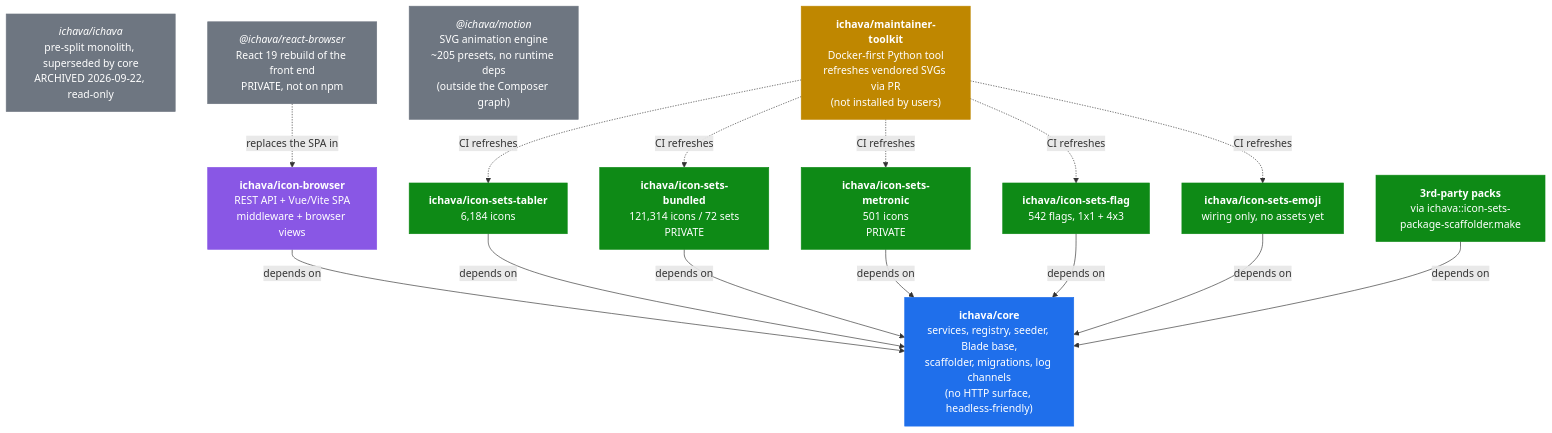
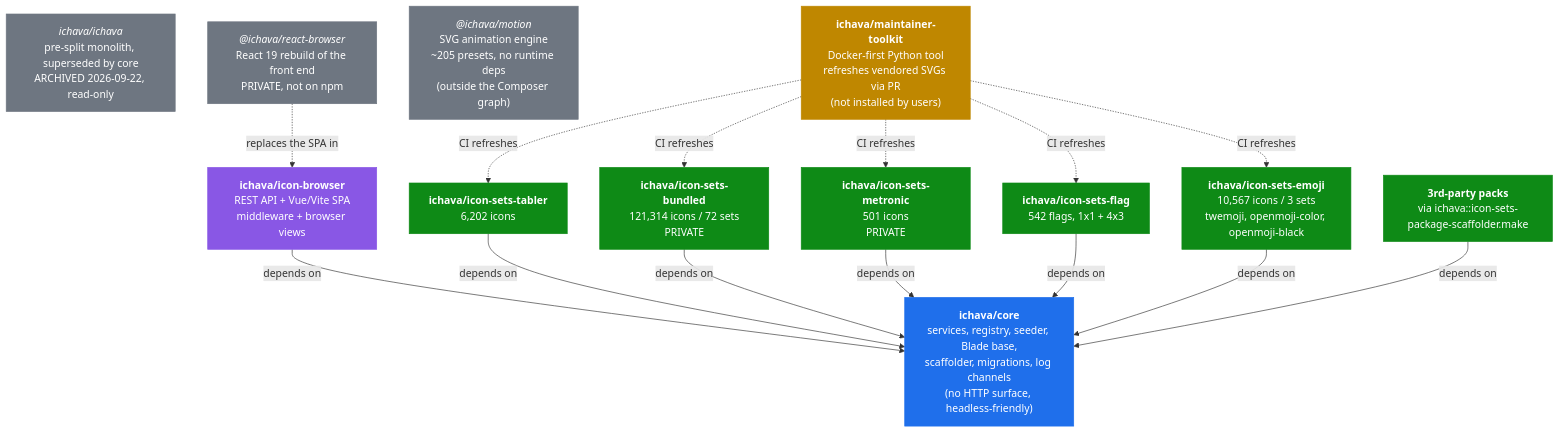
Before and after one commit to ichava/core: the first of 3 diagrams in docs/architecture.md, drawn with Mermaid.

Commit message:
docs: correct two stale icon counts in the topology diagram
icon-sets-emoji was drawn as "wiring only, no assets yet". It ships 10,567
SVGs across three sets -- openmoji-black 3,566, openmoji-color 3,566 and
twemoji 3,435 -- and has since the V4 work in September.

icon-sets-tabler was drawn as 6,184 icons and has 6,202. Found while
verifying the emoji number rather than reported by anything; upstream grew
by 18 and the diagram did not follow.

Both counted off origin/main rather than a working tree:

  git ls-tree -r --name-only origin/main | grep -c '\.svg$'

The other three are correct as drawn: bundled 121,314, metronic 501,
flag 542. All five SVG trees live entirely under resources/assets, so the
count is icons rather than icons plus fixtures.

````diff
--- a/docs/architecture.md
+++ b/docs/architecture.md
@@ -27,40 +27,40 @@
 ```mermaid
 flowchart TB
     core["<b>ichava/core</b><br/>services, registry, seeder, Blade base,<br/>scaffolder, migrations, log channels<br/>(no HTTP surface, headless-friendly)"]
     browser["<b>ichava/icon-browser</b><br/>REST API + Vue/Vite SPA<br/>middleware + browser views"]
-    tabler["<b>ichava/icon-sets-tabler</b><br/>6,184 icons"]
+    tabler["<b>ichava/icon-sets-tabler</b><br/>6,202 icons"]
     bundled["<b>ichava/icon-sets-bundled</b><br/>121,314 icons / 72 sets<br/>PRIVATE"]
     metronic["<b>ichava/icon-sets-metronic</b><br/>501 icons<br/>PRIVATE"]
     flag["<b>ichava/icon-sets-flag</b><br/>542 flags, 1x1 + 4x3"]
-    emoji["<b>ichava/icon-sets-emoji</b><br/>wiring only, no assets yet"]
+    emoji["<b>ichava/icon-sets-emoji</b><br/>10,567 icons / 3 sets<br/>twemoji, openmoji-color, openmoji-black"]
     third["<b>3rd-party packs</b><br/>via ichava::icon-sets-package-scaffolder.make"]
     meta["<i>ichava/ichava</i><br/>pre-split monolith, superseded by core<br/>ARCHIVED 2026-09-22, read-only"]
     toolkit["<b>ichava/maintainer-toolkit</b><br/>Docker-first Python tool<br/>refreshes vendored SVGs via PR<br/>(not installed by users)"]
     motion["<i>@ichava/motion</i><br/>SVG animation engine<br/>~205 presets, no runtime deps<br/>(outside the Composer graph)"]
     react["<i>@ichava/react-browser</i><br/>React 19 rebuild of the front end<br/>PRIVATE, not on npm"]
 
     browser -- depends on --> core
     tabler -- depends on --> core
     bundled -- depends on --> core
     metronic -- depends on --> core
     flag -- depends on --> core
     emoji -- depends on --> core
     third -- depends on --> core
     toolkit -. CI refreshes .-> tabler
     toolkit -. CI refreshes .-> bundled
     toolkit -. CI refreshes .-> metronic
     toolkit -. CI refreshes .-> flag
     toolkit -. CI refreshes .-> emoji
     react -. replaces the SPA in .-> browser
 
     classDef engine fill:#1f6feb,stroke:#1f6feb,color:#fff
     classDef http fill:#8957e5,stroke:#8957e5,color:#fff
     classDef pack fill:#0e8a16,stroke:#0e8a16,color:#fff
     classDef other fill:#6e7681,stroke:#6e7681,color:#fff
     classDef tooling fill:#bf8700,stroke:#bf8700,color:#fff
     class core engine
     class browser http
     class tabler,bundled,metronic,flag,emoji,third pack
     class meta,motion,react other
     class toolkit tooling
 ```
````
